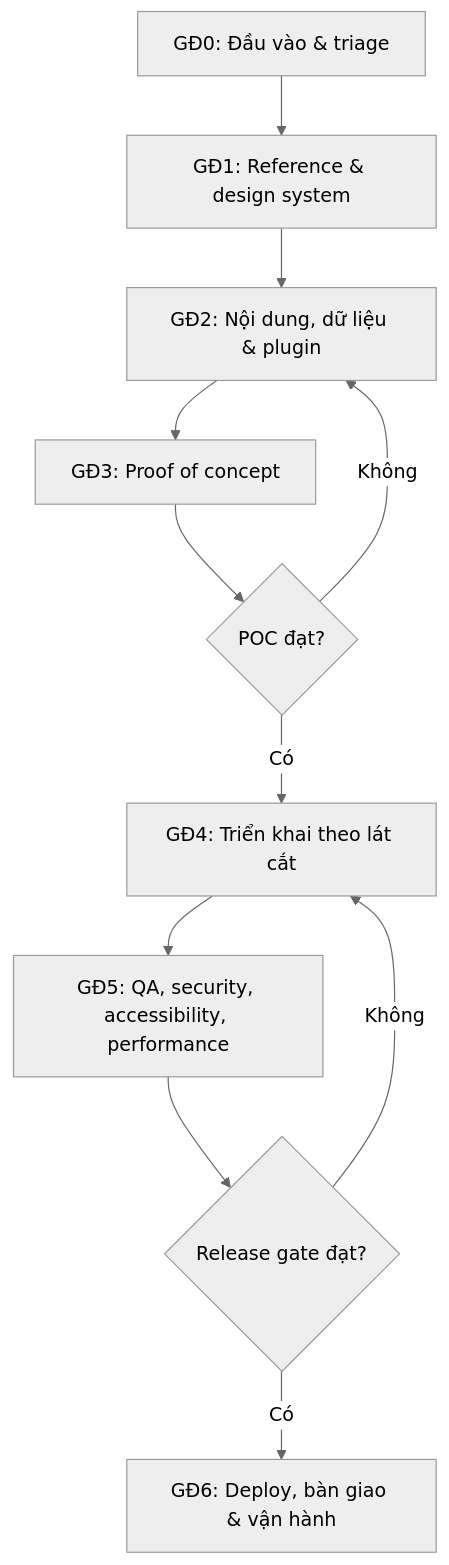
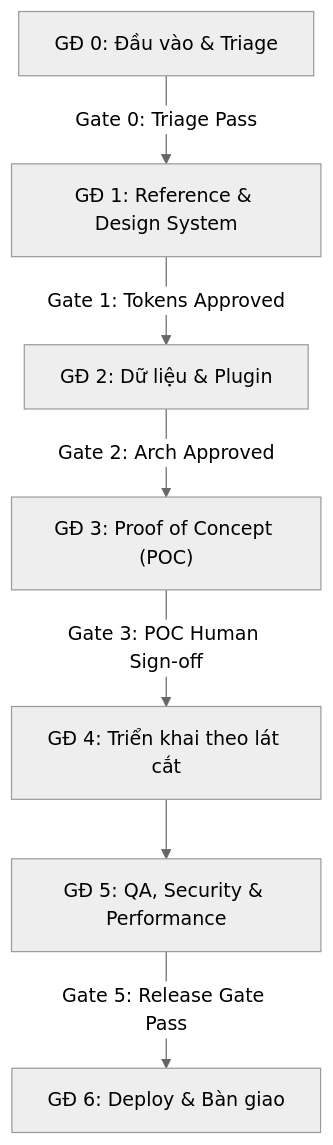
Before and after one commit to Dangkhanh01/mixhotel-clone: the second of 3 diagrams in REAL_WORLD_AGENCY_WORKFLOW.md, drawn with Mermaid (neutral theme). The commit also changed other lines of this file, not shown here.

````diff
--- a/REAL_WORLD_AGENCY_WORKFLOW.md
+++ b/REAL_WORLD_AGENCY_WORKFLOW.md
@@ -220,13 +158,9 @@
 ```mermaid
 flowchart TD
-    A["GĐ0: Đầu vào & triage"] --> B["GĐ1: Reference & design system"]
-    B --> C["GĐ2: Nội dung, dữ liệu & plugin"]
-    C --> D["GĐ3: Proof of concept"]
-    D --> E{"POC đạt?"}
-    E -->|Không| C
-    E -->|Có| F["GĐ4: Triển khai theo lát cắt"]
-    F --> G["GĐ5: QA, security, accessibility, performance"]
-    G --> H{"Release gate đạt?"}
-    H -->|Không| F
-    H -->|Có| I["GĐ6: Deploy, bàn giao & vận hành"]
+    G0["GĐ 0: Đầu vào & Triage"] -->|Gate 0: Triage Pass| G1["GĐ 1: Reference & Design System"]
+    G1 -->|Gate 1: Tokens Approved| G2["GĐ 2: Dữ liệu & Plugin"]
+    G2 -->|Gate 2: Arch Approved| G3["GĐ 3: Proof of Concept (POC)"]
+    G3 -->|Gate 3: POC Human Sign-off| G4["GĐ 4: Triển khai theo lát cắt"]
+    G4 --> G5["GĐ 5: QA, Security & Performance"]
+    G5 -->|Gate 5: Release Gate Pass| G6["GĐ 6: Deploy & Bàn giao"]
 ```
````
